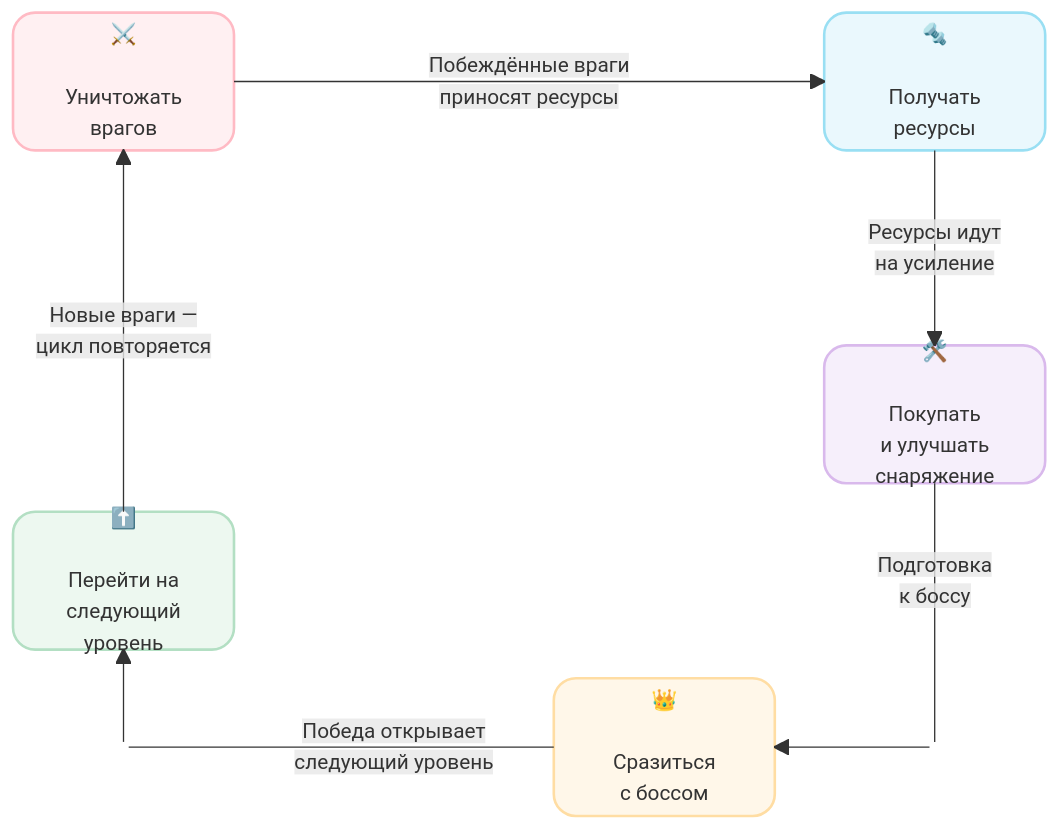
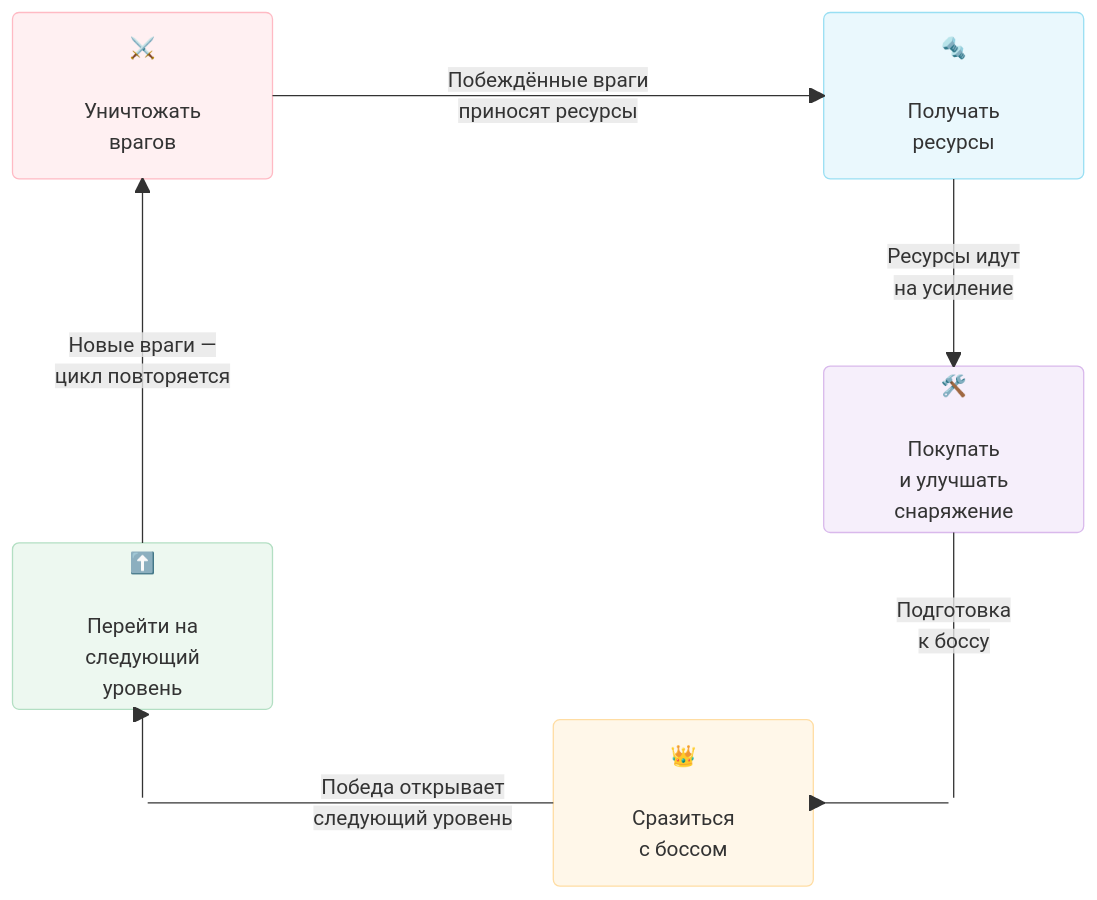
The diagram in README.md (MaksjOgCode/Furward), drawn with Mermaid before and after one commit. The commit also changed other lines of this file, not shown here.

````diff
--- a/README.md
+++ b/README.md
@@ -23,29 +23,29 @@
 ```mermaid
 block-beta
   columns 4
   enemies("⚔️\n\nУничтожать\nврагов") space:2 resources("🔩\n\nПолучать\nресурсы")
   space layoutGuide[" "] space:2
   space:3 equipment("🛠️\n\nПокупать\nи улучшать\nснаряжение")
   level("⬆️\n\nПерейти на\nследующий\nуровень") space:3
   lowerLeft((" ")) space boss("👑\n\nСразиться\nс боссом") lowerRight((" "))
 
   enemies -- "Побеждённые враги\nприносят ресурсы" --> resources
   resources -- "Ресурсы идут\nна усиление" --> equipment
   equipment -- "Подготовка\nк боссу" --- lowerRight
   lowerRight --> boss
   boss -- "Победа открывает\nследующий уровень" --- lowerLeft
   lowerLeft --> level
   level -- "Новые враги —\nцикл повторяется" --> enemies
 
-  classDef card width:170px,height:106px,x:-85px,y:-53px,rx:17px,ry:17px,stroke-width:2px
-  class enemies,resources,equipment,boss,level card
+  classDef card width:170px,height:144px,x:-85px,y:-72px,rx:17px,ry:17px,stroke-width:2px
+  style layoutGuide fill:none,stroke:none,width:200px,height:160px
 
   style enemies fill:#fff0f2,stroke:#ffbac4,color:#e96b7b
   style resources fill:#eaf8fd,stroke:#99dff3,color:#249fc6
   style equipment fill:#f6effb,stroke:#d9b9ec,color:#a276c3
   style boss fill:#fff7e9,stroke:#ffdda3,color:#dfa134
   style level fill:#edf8f0,stroke:#b3dfc3,color:#49af75
   style layoutGuide fill:none,stroke:none,width:200px,height:118px
   style lowerLeft fill:none,stroke:none
   style lowerRight fill:none,stroke:none
 ```
````
